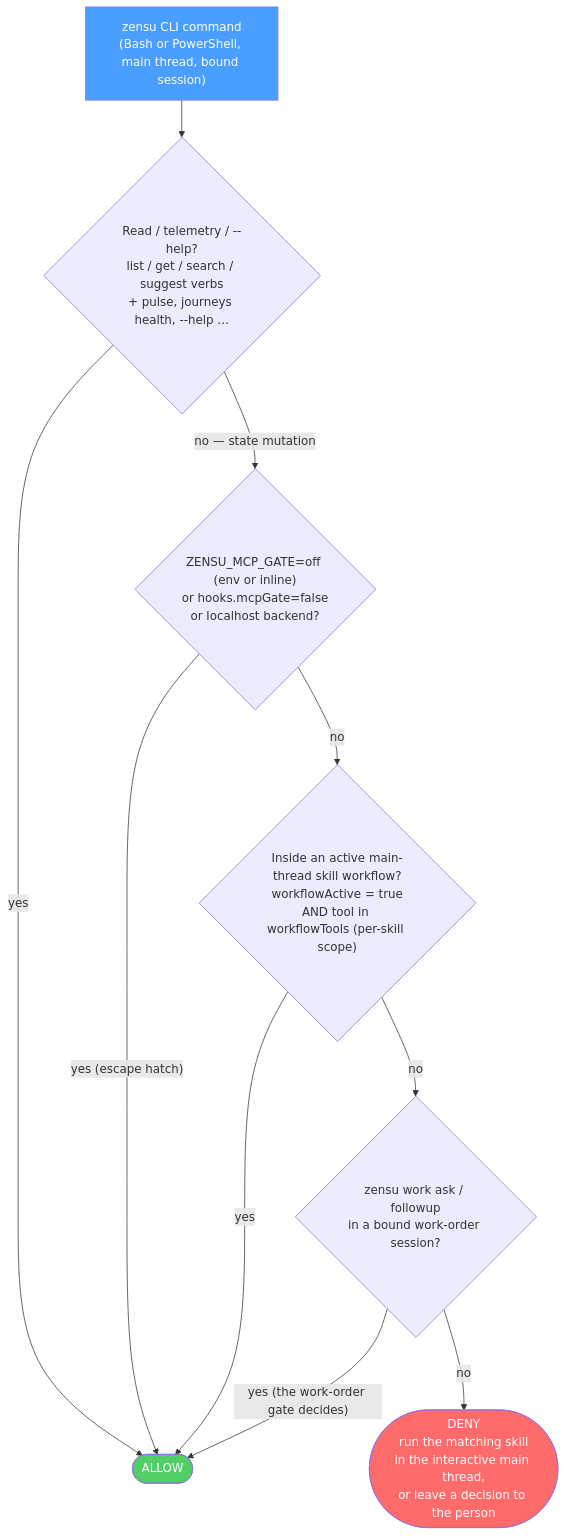
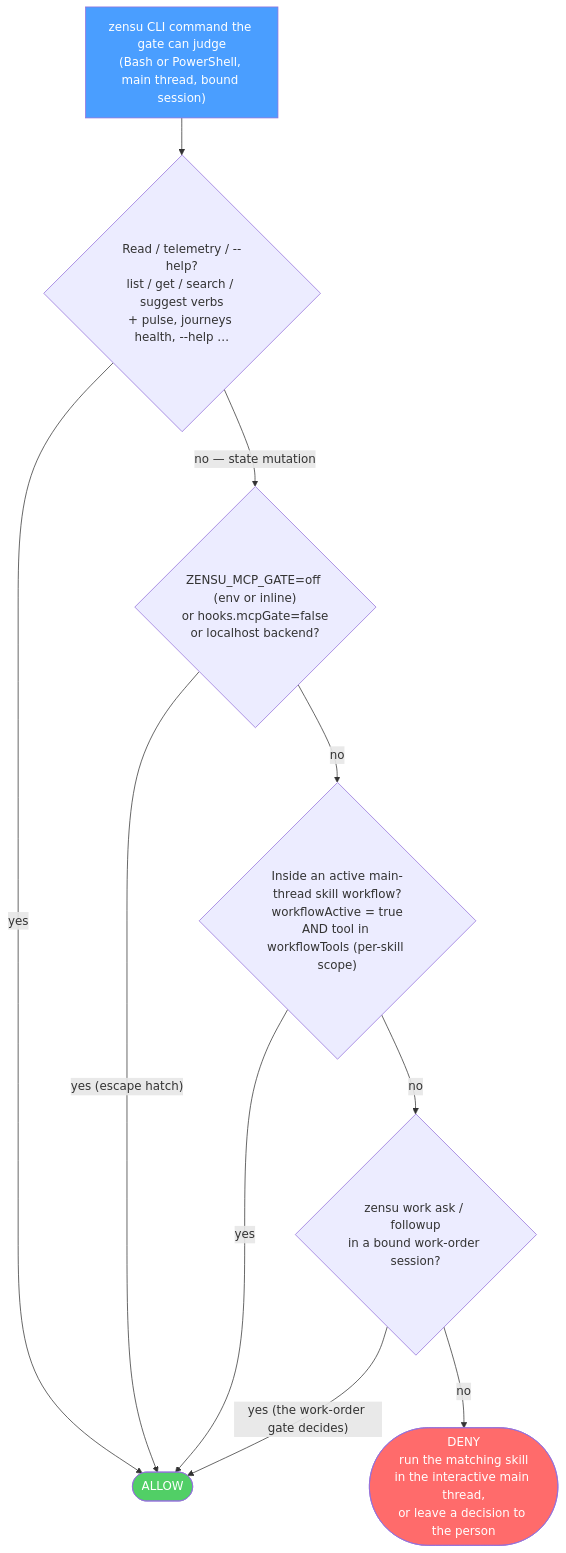
Before and after one commit to MKITConsulting/zensu-claude-code: the diagram in docs/gates.md, drawn with Mermaid. The commit also changed other lines of this file and 17 other files, not shown here.

````diff
--- a/docs/gates.md
+++ b/docs/gates.md
@@ -121,16 +121,16 @@
 ```mermaid
 flowchart TD
-    A["zensu CLI command<br/>(Bash or PowerShell, main thread, bound session)"] --> B{"Read / telemetry / --help?<br/>list / get / search / suggest verbs<br/>+ pulse, journeys health, --help …"}
+    A["zensu CLI command the gate can judge<br/>(Bash or PowerShell, main thread, bound session)"] --> B{"Read / telemetry / --help?<br/>list / get / search / suggest verbs<br/>+ pulse, journeys health, --help …"}
     B -->|"yes"| ALLOW(["ALLOW"])
     B -->|"no — state mutation"| C{"ZENSU_MCP_GATE=off (env or inline)<br/>or hooks.mcpGate=false<br/>or localhost backend?"}
     C -->|"yes (escape hatch)"| ALLOW
     C -->|"no"| E{"Inside an active main-thread skill workflow?<br/>workflowActive = true<br/>AND tool in workflowTools (per-skill scope)"}
     E -->|"yes"| ALLOW
     E -->|"no"| W{"zensu work ask / followup<br/>in a bound work-order session?"}
     W -->|"yes (the work-order gate decides)"| ALLOW
     W -->|"no"| DENY(["DENY<br/>run the matching skill<br/>in the interactive main thread,<br/>or leave a decision to the person"])
 
     style A fill:#4a9eff,color:#fff
     style ALLOW fill:#51cf66,color:#fff
     style DENY fill:#ff6b6b,color:#fff
 ```
````
